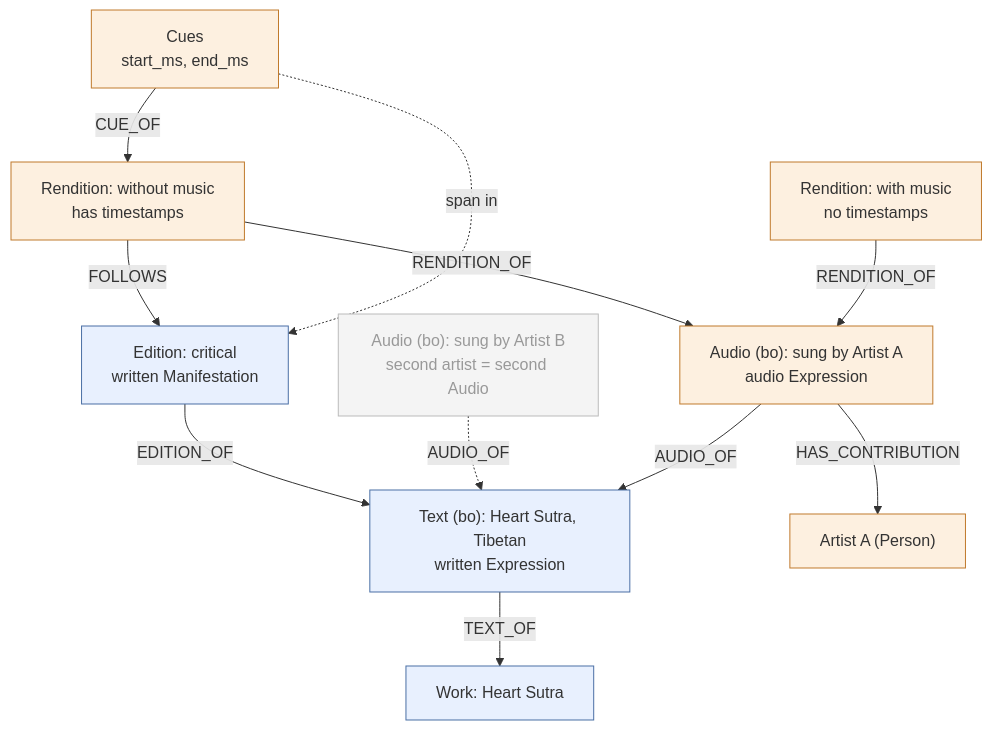
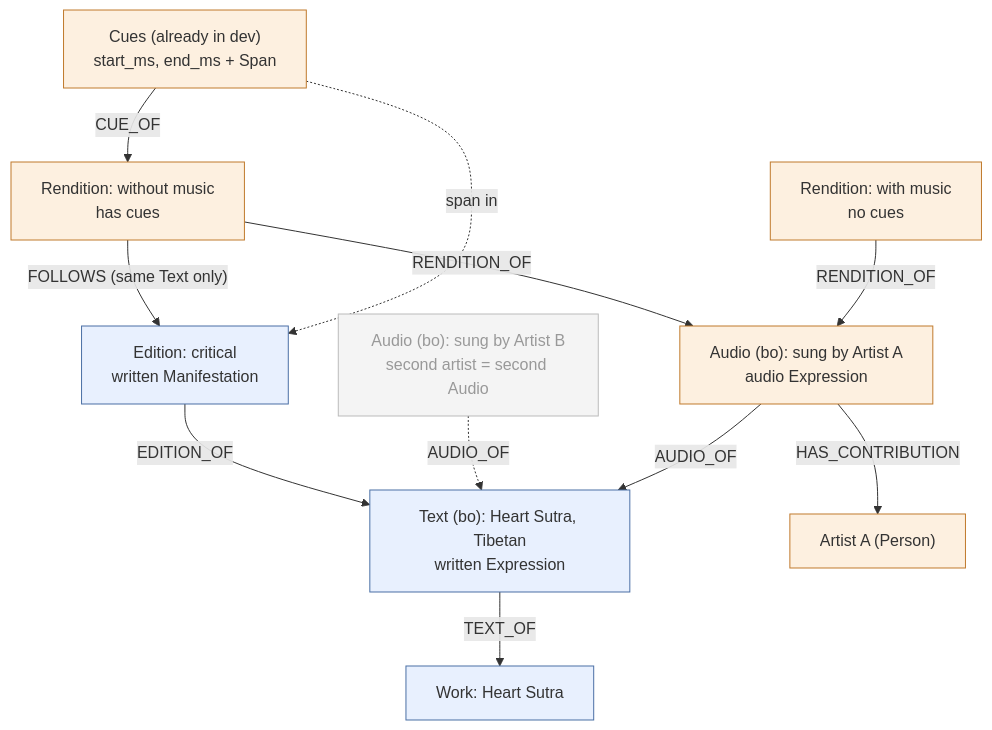
The diagram in docs/proposals/audio-as-expression.mmd (WeBuddhist/Webuddhist-library), drawn with Mermaid before and after one commit. The commit also changed 4 other files, not shown here.

First line of the commit message:
docs: audio proposal rev 2 (existing cues, same-text rule)

```diff
--- a/docs/proposals/audio-as-expression.mmd
+++ b/docs/proposals/audio-as-expression.mmd
@@ -1,28 +1,28 @@
 graph TD
   Work["Work: Heart Sutra"]
   Text["Text (bo): Heart Sutra, Tibetan<br/>written Expression"]
   Edition["Edition: critical<br/>written Manifestation"]
   AudioA["Audio (bo): sung by Artist A<br/>audio Expression"]
   ArtistA["Artist A (Person)"]
   AudioB["Audio (bo): sung by Artist B<br/>second artist = second Audio"]
-  R1["Rendition: without music<br/>has timestamps"]
-  R2["Rendition: with music<br/>no timestamps"]
-  Cue["Cues<br/>start_ms, end_ms"]
+  R1["Rendition: without music<br/>has cues"]
+  R2["Rendition: with music<br/>no cues"]
+  Cue["Cues (already in dev)<br/>start_ms, end_ms + Span"]
 
   Text -->|TEXT_OF| Work
   Edition -->|EDITION_OF| Text
   AudioB -.->|AUDIO_OF| Text
   AudioA -->|AUDIO_OF| Text
   R1 -->|RENDITION_OF| AudioA
   R2 -->|RENDITION_OF| AudioA
-  R1 -->|FOLLOWS| Edition
+  R1 -->|"FOLLOWS (same Text only)"| Edition
   Cue -->|CUE_OF| R1
   Cue -.->|span in| Edition
   AudioA -->|HAS_CONTRIBUTION| ArtistA
 
   classDef written fill:#e8f0fe,stroke:#4a6fa5
   classDef audio fill:#fdf0e0,stroke:#c07a2c
   classDef faded fill:#f4f4f4,stroke:#bbbbbb,color:#999999
   class Text,Edition,Work written
   class AudioA,R1,R2,Cue,ArtistA audio
   class AudioB faded
```
